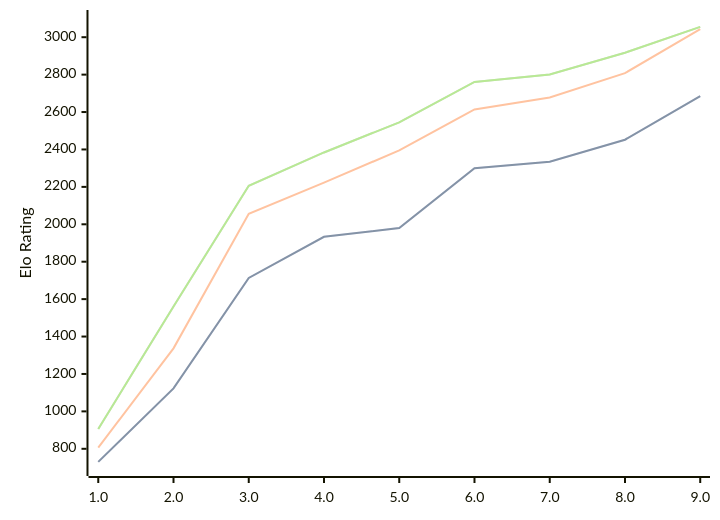
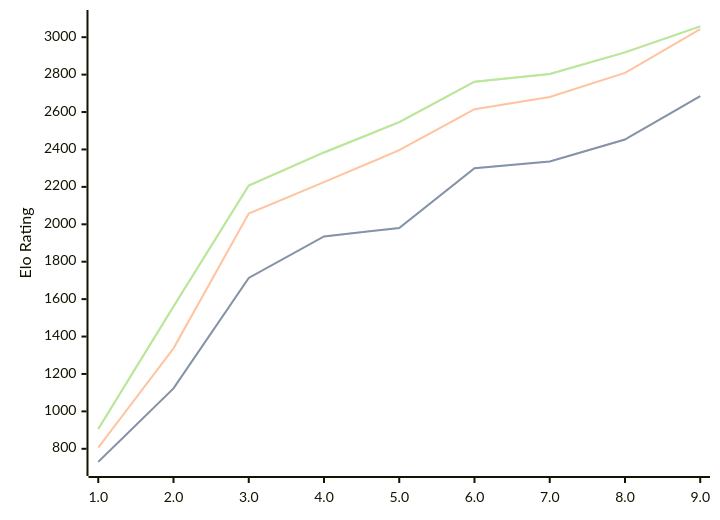
One commit to computer-chess-index/cci changed the first of 3 diagrams in engines/Pea.md. Above: the diagram before and after it, drawn with Mermaid. The commit also changed other lines of this file, not shown here.

Commit message:
Update CCI Ratings (ELO VLTC) - 2026-06-30

````diff
--- a/engines/Pea.md
+++ b/engines/Pea.md
@@ -39,11 +39,11 @@
 ```mermaid
 %%{init: {"theme":"base","themeVariables":{"seriesColors:['#a3a3a3','#222221','#faa371']}}}%%
 xychart-beta
   x-axis ["1.0", "2.0", "3.0", "4.0", "5.0", "6.0", "7.0", "8.0", "9.0"]
   y-axis "Elo Rating" 700 --> 3100
-  line "STC (8.0+0.08s)" [730, 1123, 1713, 1933, 1980, 2300, 2334, 2452, 2685]
-  line "STC (8.0+0.08s)" [730, 1123, 1713, 1933, 1980, 2300, 2334, 2452, 2685]
-  line "LTC (60.0+0.60s)" [806, 1337, 2056, 2223, 2395, 2614, 2678, 2808, 3043]
-  line "VLTC (2m24s+1.12s)" [906, 1561, 2206, 2384, 2545, 2761, 2801, 2917, 3055]
-  line "VLTC (2m24s+1.12s)" [906, 1561, 2206, 2384, 2545, 2761, 2801, 2917, 3055]
+  line "STC (8.0+0.08s)" [730, 1123, 1713, 1935, 1980, 2300, 2336, 2453, 2685]
+  line "STC (8.0+0.08s)" [730, 1123, 1713, 1935, 1980, 2300, 2336, 2453, 2685]
+  line "LTC (60.0+0.60s)" [806, 1337, 2057, 2225, 2396, 2615, 2680, 2809, 3043]
+  line "VLTC (2m24s+1.12s)" [906, 1561, 2207, 2384, 2546, 2762, 2803, 2919, 3058]
+  line "VLTC (2m24s+1.12s)" [906, 1561, 2207, 2384, 2546, 2762, 2803, 2919, 3058]
 ```
````
